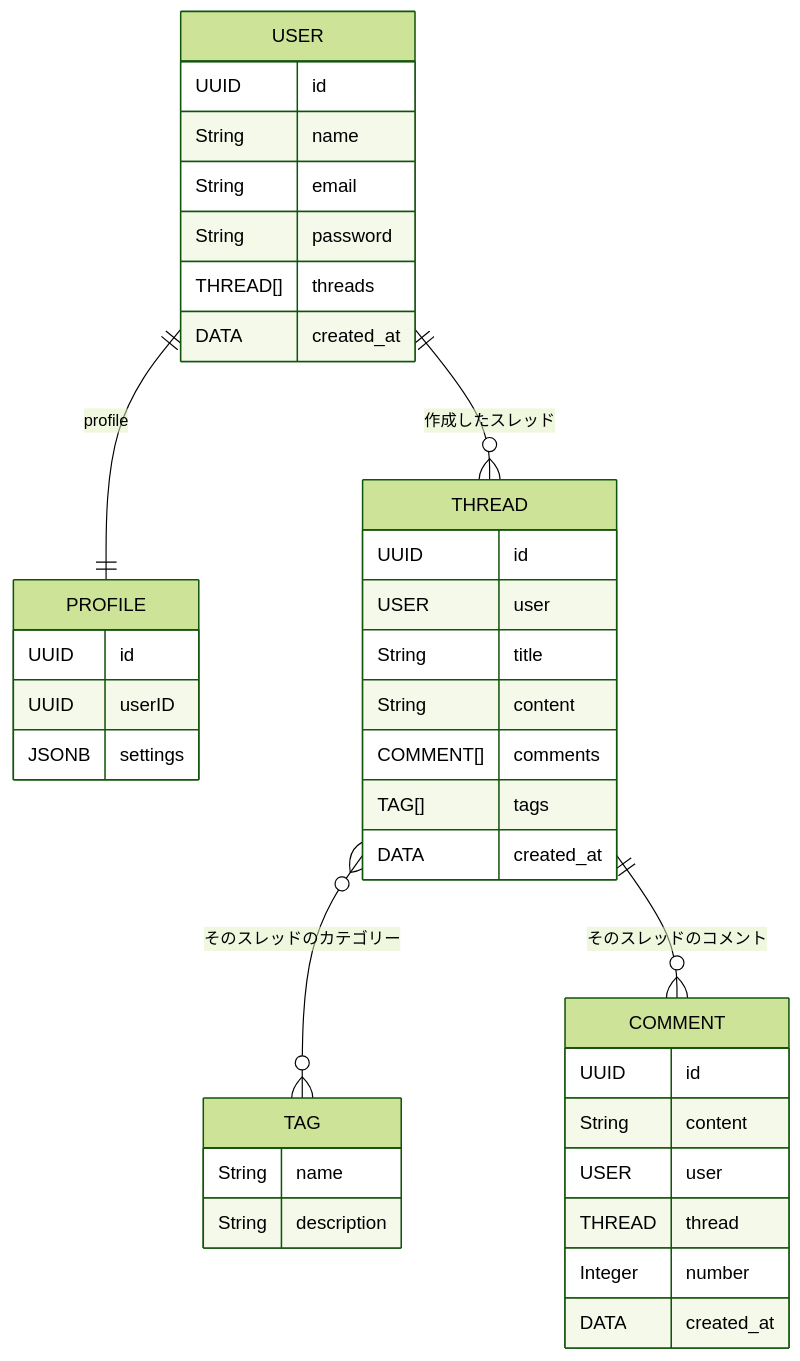
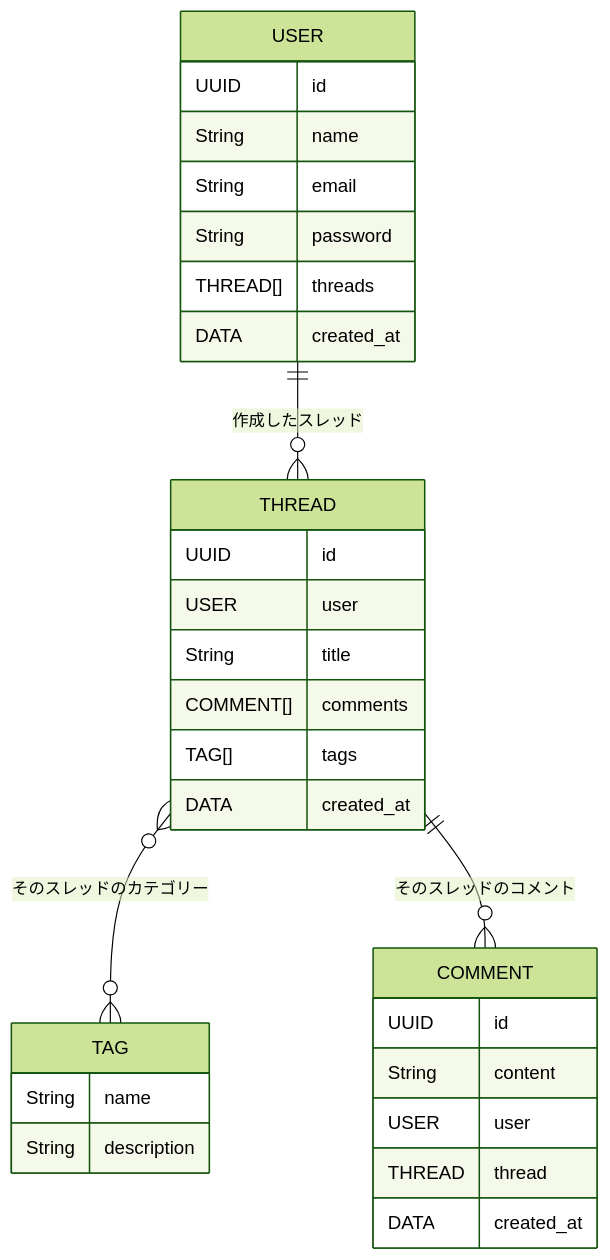
One commit to moriyoshi-kasuga/joint-dev changed the diagram in Doc/ER.md. Above: the diagram before and after it, drawn with Mermaid (forest theme). The commit also changed 1 other file, not shown here.

Commit message:
Fix: db and er

````diff
--- a/Doc/ER.md
+++ b/Doc/ER.md
@@ -1,45 +1,37 @@
 ```mermaid
 erDiagram
-  USER ||--|| PROFILE : profile
   USER ||--o{ THREAD: "作成したスレッド"
   THREAD }o--o{ TAG: "そのスレッドのカテゴリー"
   THREAD ||--o{ COMMENT: "そのスレッドのコメント"
   USER {
     UUID id
     String name
     String email
     String password
     THREAD[] threads
 
     DATA created_at
   }
-  PROFILE {
-    UUID id
-    UUID userID
-    JSONB settings
-  }
   THREAD {
     UUID id
     USER user
     String title
-    String content
 
     COMMENT[] comments
     TAG[] tags
 
     DATA created_at
   }
   COMMENT {
     UUID id
     String content
     USER user
     THREAD thread
-    Integer number
 
     DATA created_at
   }
   TAG {
     String name
     String description
   }
 ```
````
